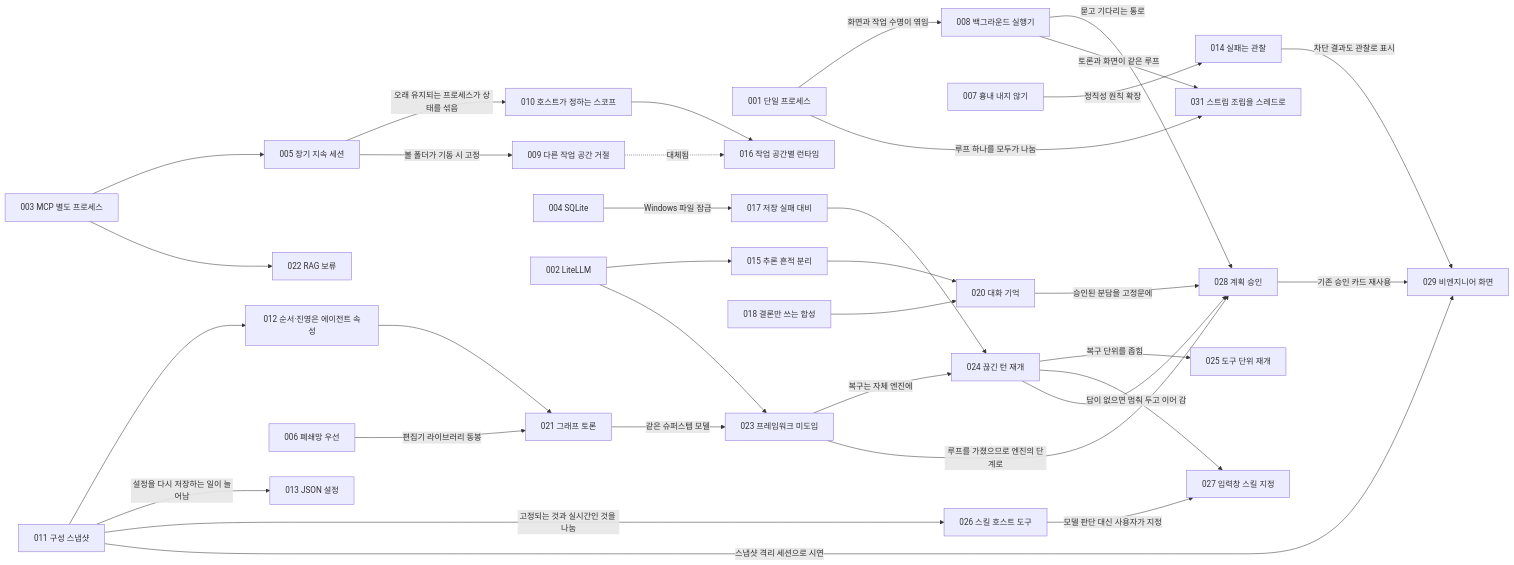
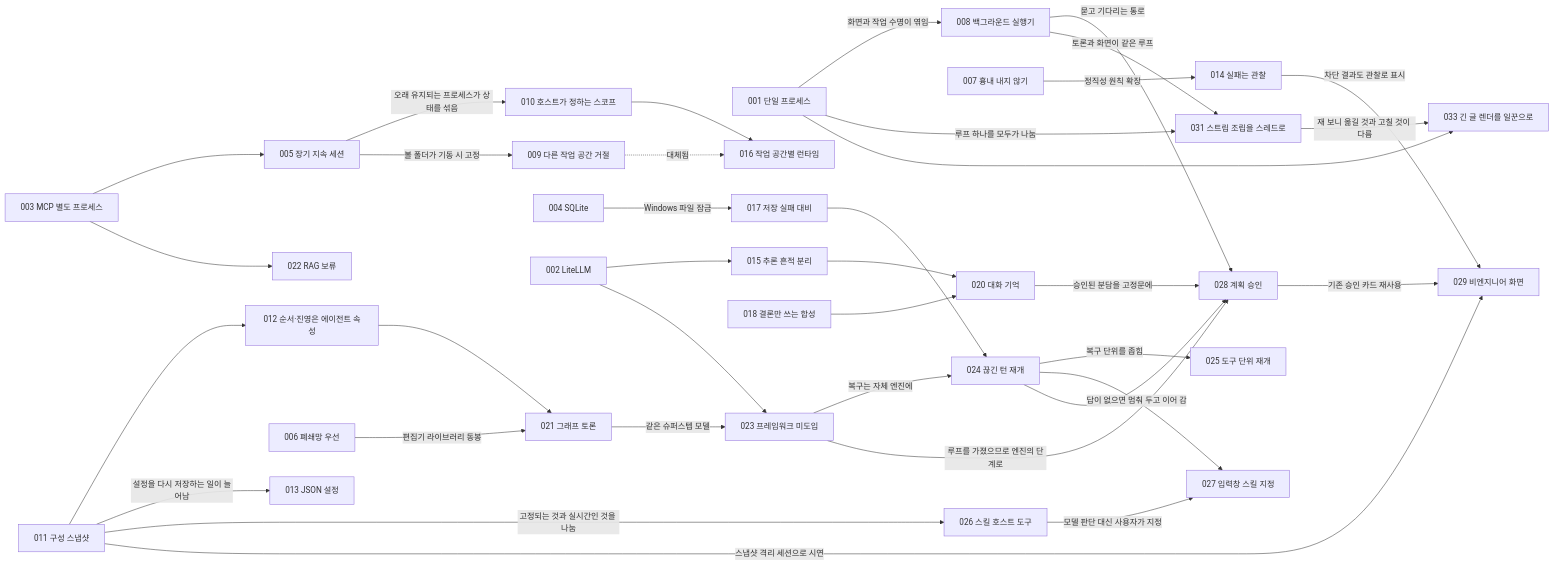
Before and after one commit to HaJaehee/MultiAgentDebateAndOrchestrationPlatform: the diagram in lectures/05-adr/README.md, drawn with Mermaid. The commit also changed other lines of this file and 10 other files, not shown here.

First line of the commit message:
fix: 긴 마크다운 렌더를 이벤트 루프 밖 일꾼으로, 멈춤 원인은 코드에서 제거 (ADR-033)

````diff
--- a/lectures/05-adr/README.md
+++ b/lectures/05-adr/README.md
@@ -77,36 +78,38 @@
 ```mermaid
 flowchart LR
     A001["001 단일 프로세스"] -->|"화면과 작업 수명이 엮임"| A008["008 백그라운드 실행기"]
     A003["003 MCP 별도 프로세스"] --> A005["005 장기 지속 세션"]
     A005 -->|"오래 유지되는 프로세스가 상태를 섞음"| A010["010 호스트가 정하는 스코프"]
     A005 -->|"볼 폴더가 기동 시 고정"| A009["009 다른 작업 공간 거절"]
     A009 -.->|"대체됨"| A016["016 작업 공간별 런타임"]
     A010 --> A016
     A007["007 흉내 내지 않기"] -->|"정직성 원칙 확장"| A014["014 실패는 관찰"]
     A004["004 SQLite"] -->|"Windows 파일 잠금"| A017["017 저장 실패 대비"]
     A011["011 구성 스냅샷"] --> A012["012 순서·진영은 에이전트 속성"]
     A011 -->|"설정을 다시 저장하는 일이 늘어남"| A013["013 JSON 설정"]
     A002["002 LiteLLM"] --> A015["015 추론 흔적 분리"]
     A015 --> A020["020 대화 기억"]
     A018["018 결론만 쓰는 합성"] --> A020
     A012 --> A021["021 그래프 토론"]
     A006["006 폐쇄망 우선"] -->|"편집기 라이브러리 동봉"| A021
     A003 --> A022["022 RAG 보류"]
     A002 --> A023["023 프레임워크 미도입"]
     A021 -->|"같은 슈퍼스텝 모델"| A023
     A023 -->|"복구는 자체 엔진에"| A024["024 끊긴 턴 재개"]
     A017 --> A024
     A024 -->|"복구 단위를 좁힘"| A025["025 도구 단위 재개"]
     A011 -->|"고정되는 것과 실시간인 것을 나눔"| A026["026 스킬 호스트 도구"]
     A026 -->|"모델 판단 대신 사용자가 지정"| A027["027 입력창 스킬 지정"]
     A024 --> A027
     A023 -->|"루프를 가졌으므로 엔진의 단계로"| A028["028 계획 승인"]
     A008 -->|"묻고 기다리는 통로"| A028
     A024 -->|"답이 없으면 멈춰 두고 이어 감"| A028
     A020 -->|"승인된 분담을 고정문에"| A028
     A014 -->|"차단 결과도 관찰로 표시"| A029["029 비엔지니어 화면"]
     A011 -->|"스냅샷 격리 세션으로 시연"| A029
     A028 -->|"기존 승인 카드 재사용"| A029
     A001 -->|"루프 하나를 모두가 나눔"| A031["031 스트림 조립을 스레드로"]
     A008 -->|"토론과 화면이 같은 루프"| A031
+    A031 -->|"재 보니 옮길 것과 고칠 것이 다름"| A033["033 긴 글 렌더를 일꾼으로"]
+    A001 --> A033
 ```
````
